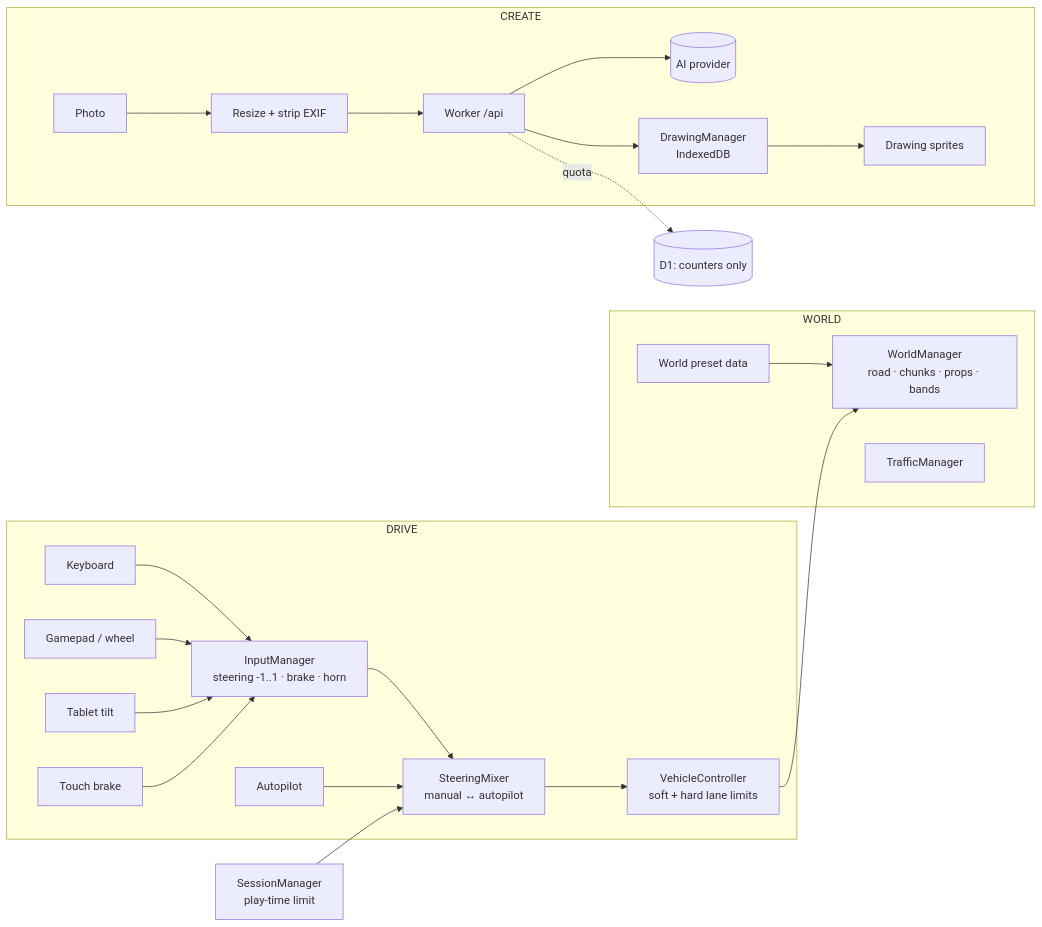
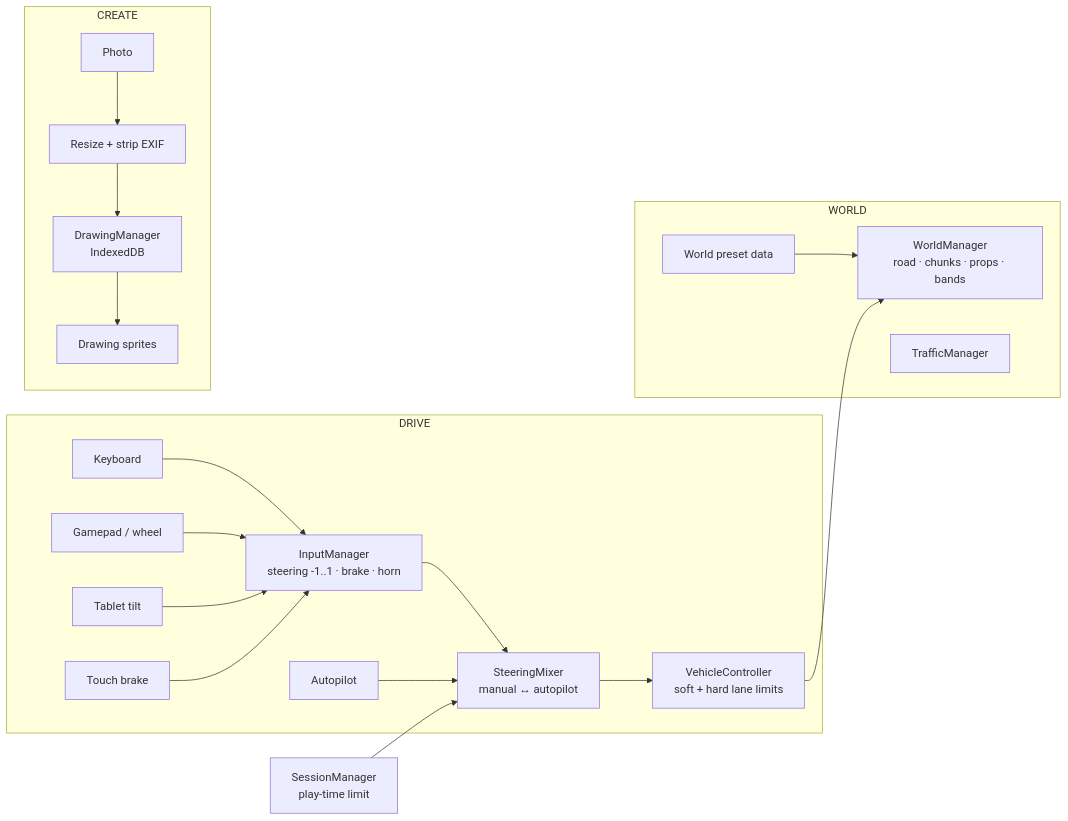
Before and after one commit to vladyslav-kramarenko/leo-racer: the diagram in README.md, drawn with Mermaid. The commit also changed other lines of this file and 10 other files, not shown here.

````diff
--- a/README.md
+++ b/README.md
@@ -120,23 +118,21 @@
 ```mermaid
 flowchart LR
   subgraph DRIVE
     K[Keyboard] --> IM[InputManager<br/>steering -1..1 · brake · horn]
     G[Gamepad / wheel] --> IM
     T[Tablet tilt] --> IM
     TB[Touch brake] --> IM
     IM --> MX[SteeringMixer<br/>manual ↔ autopilot]
     AP[Autopilot] --> MX
     MX --> VC[VehicleController<br/>soft + hard lane limits]
   end
   subgraph WORLD
     P[World preset data] --> WM[WorldManager<br/>road · chunks · props · bands]
     TR[TrafficManager]
   end
   subgraph CREATE
-    D[Photo] --> PP[Resize + strip EXIF] --> W[Worker /api] --> AI[(AI provider)]
-    W --> DM[DrawingManager<br/>IndexedDB] --> SP[Drawing sprites]
+    D[Photo] --> PP[Resize + strip EXIF] --> DM[DrawingManager<br/>IndexedDB] --> SP[Drawing sprites]
   end
   S[SessionManager<br/>play-time limit] --> MX
   VC --> WM
-  W -.quota.-> D1[(D1: counters only)]
 ```
````
